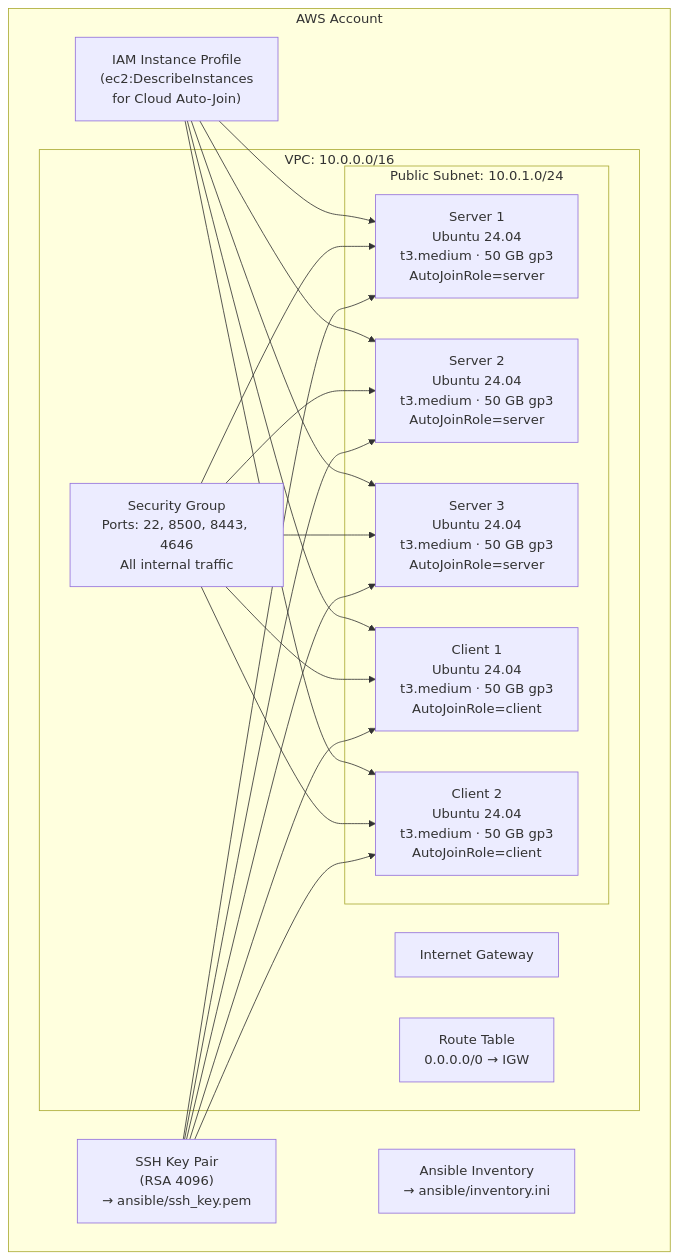
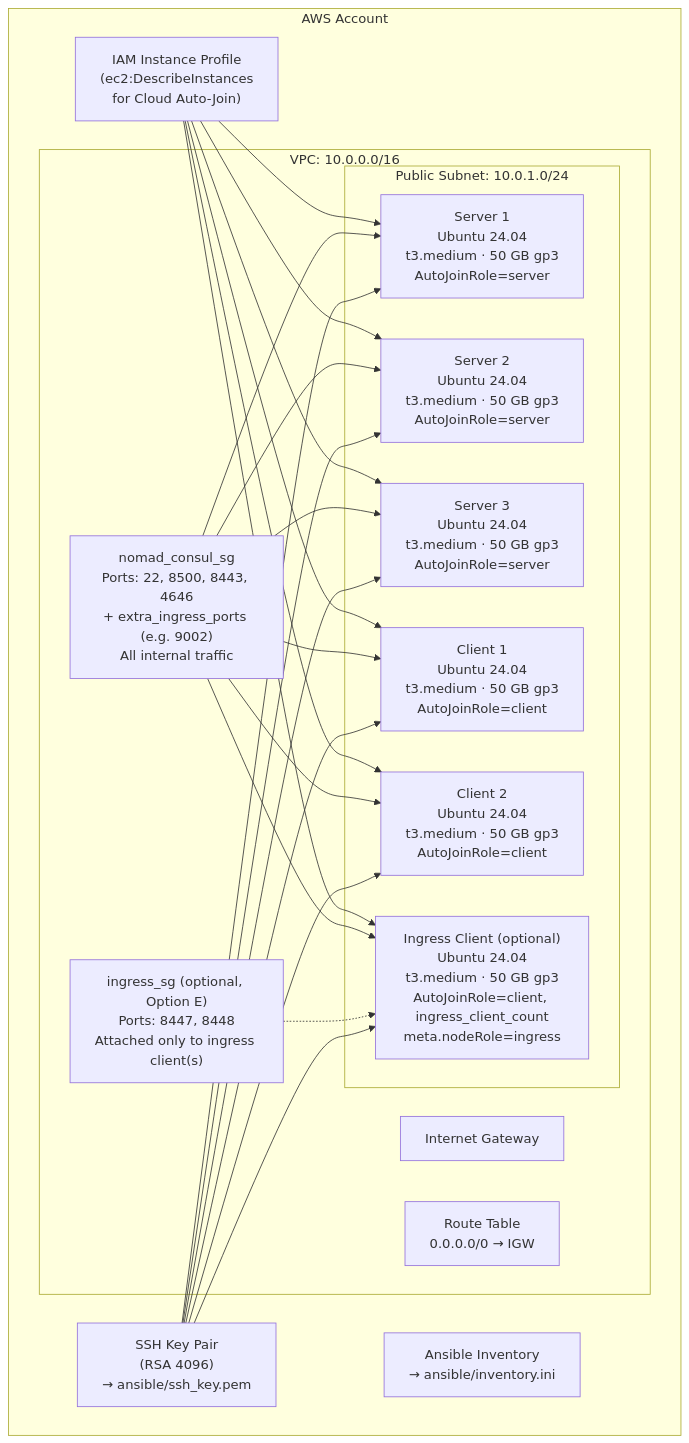
The diagram in terraform/aws/README.md (hashicorp-education/nomad-infrastructure), drawn with Mermaid before and after one commit. The commit also changed other lines of this file and 15 other files, not shown here.

````diff
--- a/terraform/aws/README.md
+++ b/terraform/aws/README.md
@@ -7,27 +7,30 @@
 ```mermaid
 graph TB
     subgraph AWS["AWS Account"]
         IAM["IAM Instance Profile\n(ec2:DescribeInstances\nfor Cloud Auto-Join)"]
 
         subgraph VPC["VPC: 10.0.0.0/16"]
             IGW[Internet Gateway]
             RT[Route Table\n0.0.0.0/0 → IGW]
-            SG["Security Group\nPorts: 22, 8500, 8443, 4646\nAll internal traffic"]
+            SG["nomad_consul_sg\nPorts: 22, 8500, 8443, 4646\n+ extra_ingress_ports (e.g. 9002)\nAll internal traffic"]
+            ISG["ingress_sg (optional, Option E)\nPorts: 8447, 8448\nAttached only to ingress client(s)"]
 
             subgraph Subnet["Public Subnet: 10.0.1.0/24"]
                 S1["Server 1\nUbuntu 24.04\nt3.medium · 50 GB gp3\nAutoJoinRole=server"]
                 S2["Server 2\nUbuntu 24.04\nt3.medium · 50 GB gp3\nAutoJoinRole=server"]
                 S3["Server 3\nUbuntu 24.04\nt3.medium · 50 GB gp3\nAutoJoinRole=server"]
                 C1["Client 1\nUbuntu 24.04\nt3.medium · 50 GB gp3\nAutoJoinRole=client"]
                 C2["Client 2\nUbuntu 24.04\nt3.medium · 50 GB gp3\nAutoJoinRole=client"]
+                CI["Ingress Client (optional)\nUbuntu 24.04\nt3.medium · 50 GB gp3\nAutoJoinRole=client, ingress_client_count\nmeta.nodeRole=ingress"]
             end
         end
 
         KP["SSH Key Pair\n(RSA 4096)\n→ ansible/ssh_key.pem"]
         INV["Ansible Inventory\n→ ansible/inventory.ini"]
     end
 
-    IAM --> S1 & S2 & S3 & C1 & C2
-    SG --> S1 & S2 & S3 & C1 & C2
-    KP --> S1 & S2 & S3 & C1 & C2
+    IAM --> S1 & S2 & S3 & C1 & C2 & CI
+    SG --> S1 & S2 & S3 & C1 & C2 & CI
+    ISG -.-> CI
+    KP --> S1 & S2 & S3 & C1 & C2 & CI
 ```
````
